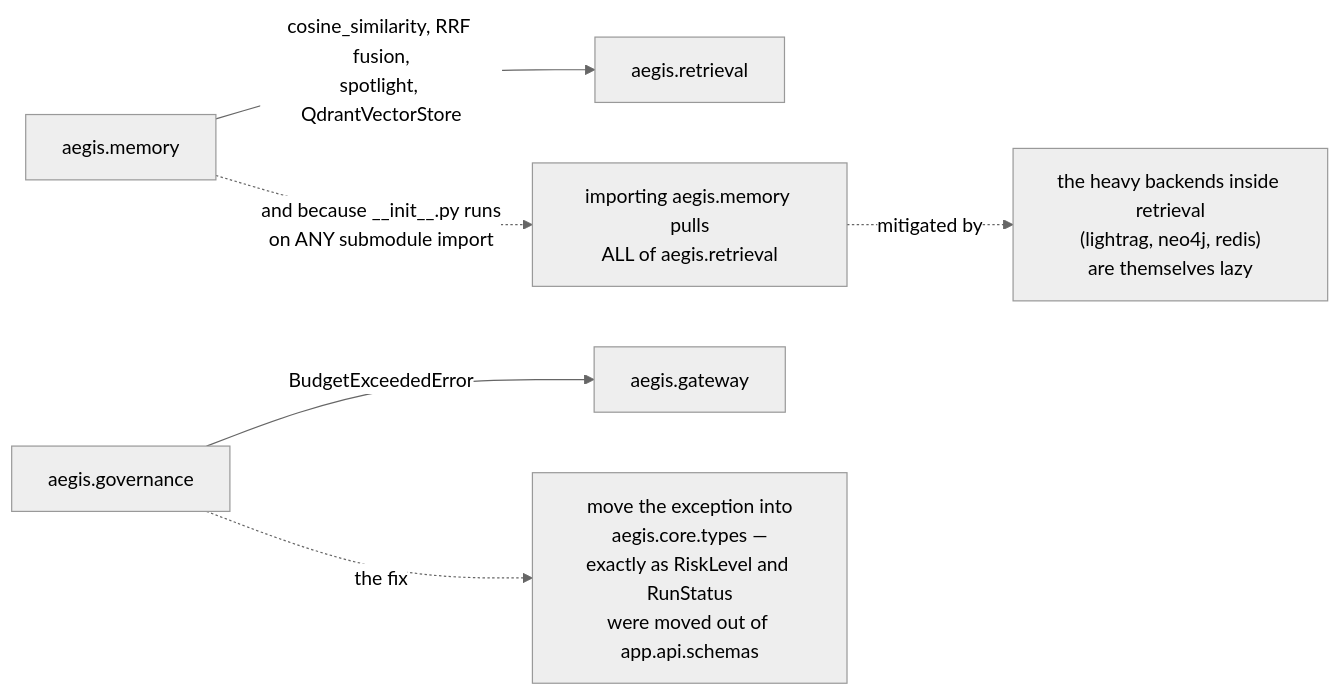
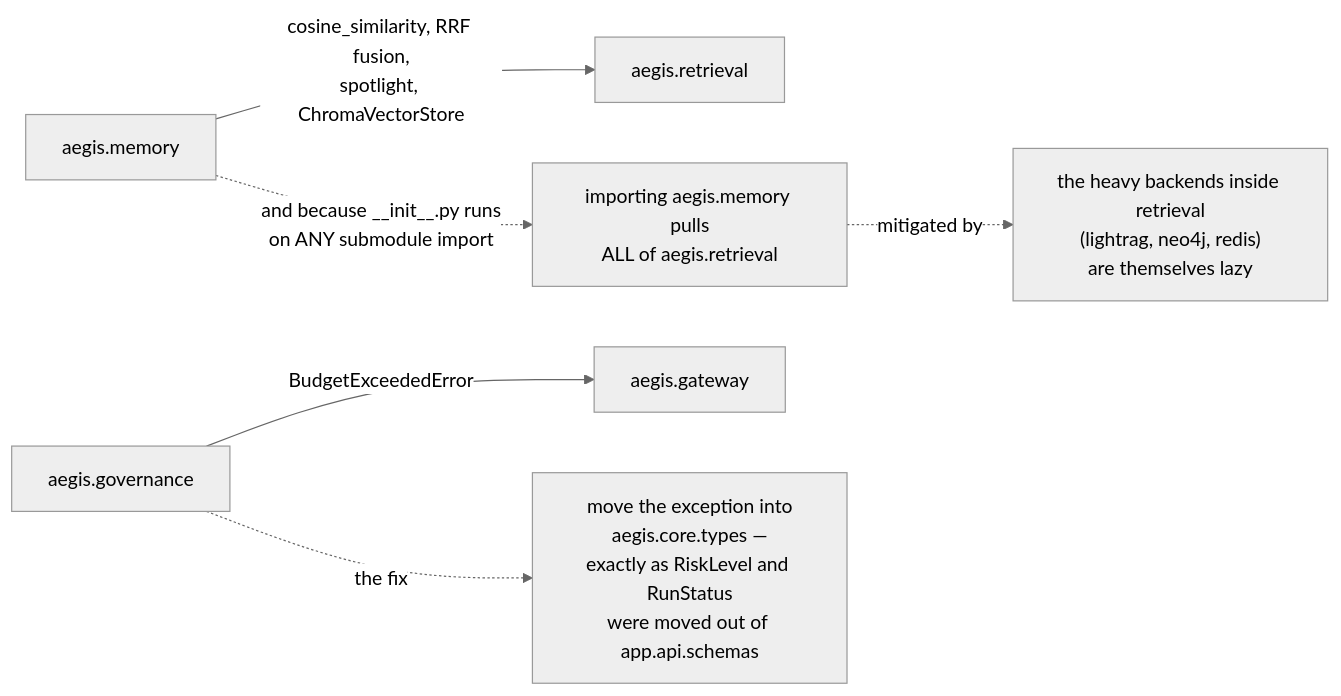
One commit to yrevash/aegis changed the second of 11 diagrams in docs/teaching/core/40-diagrams.md. Above: the diagram before and after it, drawn with Mermaid (neutral theme). The commit also changed other lines of this file and 79 other files, not shown here.

````diff
--- a/docs/teaching/core/40-diagrams.md
+++ b/docs/teaching/core/40-diagrams.md
@@ -51,11 +51,11 @@
 ```mermaid
 flowchart LR
-    MEM["aegis.memory"] -->|"cosine_similarity, RRF fusion,<br/>spotlight, QdrantVectorStore"| RET["aegis.retrieval"]
+    MEM["aegis.memory"] -->|"cosine_similarity, RRF fusion,<br/>spotlight, ChromaVectorStore"| RET["aegis.retrieval"]
     GOV["aegis.governance"] -->|"BudgetExceededError"| GWY["aegis.gateway"]
 
     MEM -.->|"and because __init__.py runs<br/>on ANY submodule import"| ALL["importing aegis.memory pulls<br/>ALL of aegis.retrieval"]
 
     GOV -.->|"the fix"| MOVE["move the exception into<br/>aegis.core.types —<br/>exactly as RiskLevel and RunStatus<br/>were moved out of app.api.schemas"]
 
     ALL -.->|mitigated by| LAZY["the heavy backends inside retrieval<br/>(lightrag, neo4j, redis)<br/>are themselves lazy"]
 ```
````
